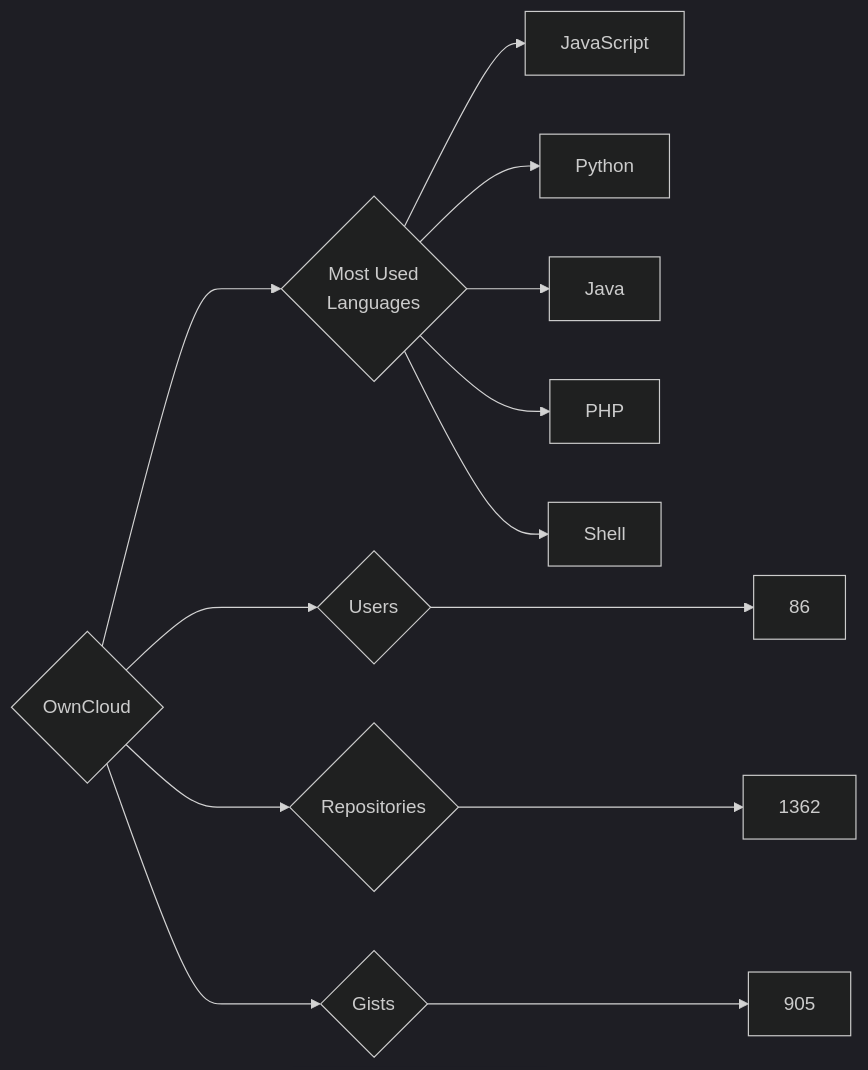
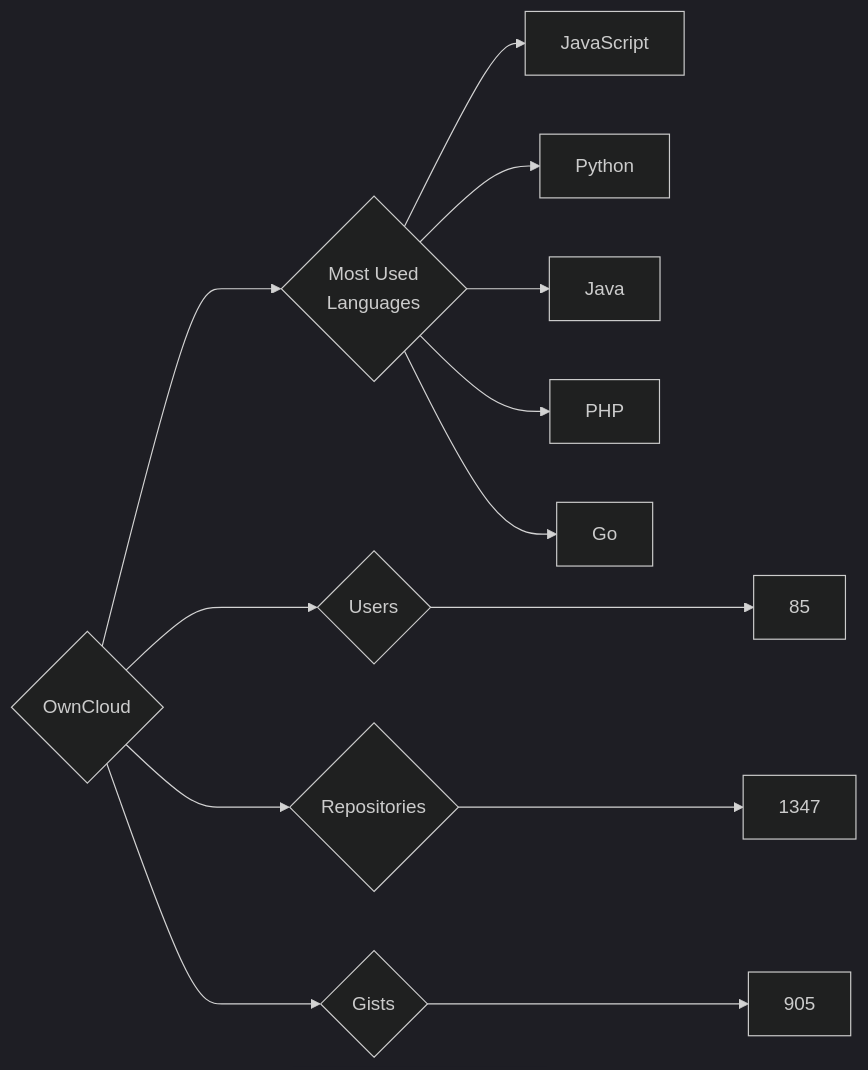
One commit to trickest/insiders changed the diagram in targets/OwnCloud/README.md. Above: the diagram before and after it, drawn with Mermaid (dark theme). The commit also changed 682 other files, not shown here.

````diff
--- a/targets/OwnCloud/README.md
+++ b/targets/OwnCloud/README.md
@@ -3,13 +3,13 @@
 ```mermaid
 graph LR
 COMPANY_NAME{OwnCloud}
-COMPANY_NAME ---> U{Users} ---> UN[86]
-COMPANY_NAME ---> R{Repositories} ---> RN[1362]
+COMPANY_NAME ---> U{Users} ---> UN[85]
+COMPANY_NAME ---> R{Repositories} ---> RN[1347]
 COMPANY_NAME ---> G{Gists} ---> GN[905]
 COMPANY_NAME ---> ML{Most Used<br>Languages}
 ML --> JavaScript[JavaScript]
 ML --> Python[Python]
 ML --> Java[Java]
 ML --> PHP[PHP]
-ML --> Shell[Shell]
+ML --> Go[Go]
 ```
````
